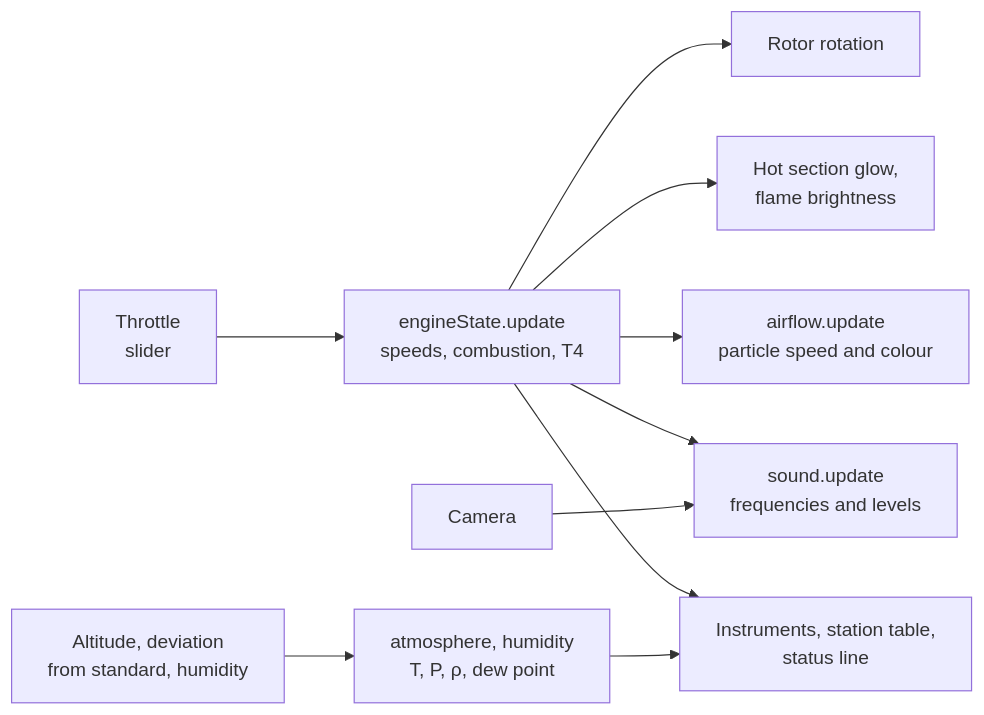
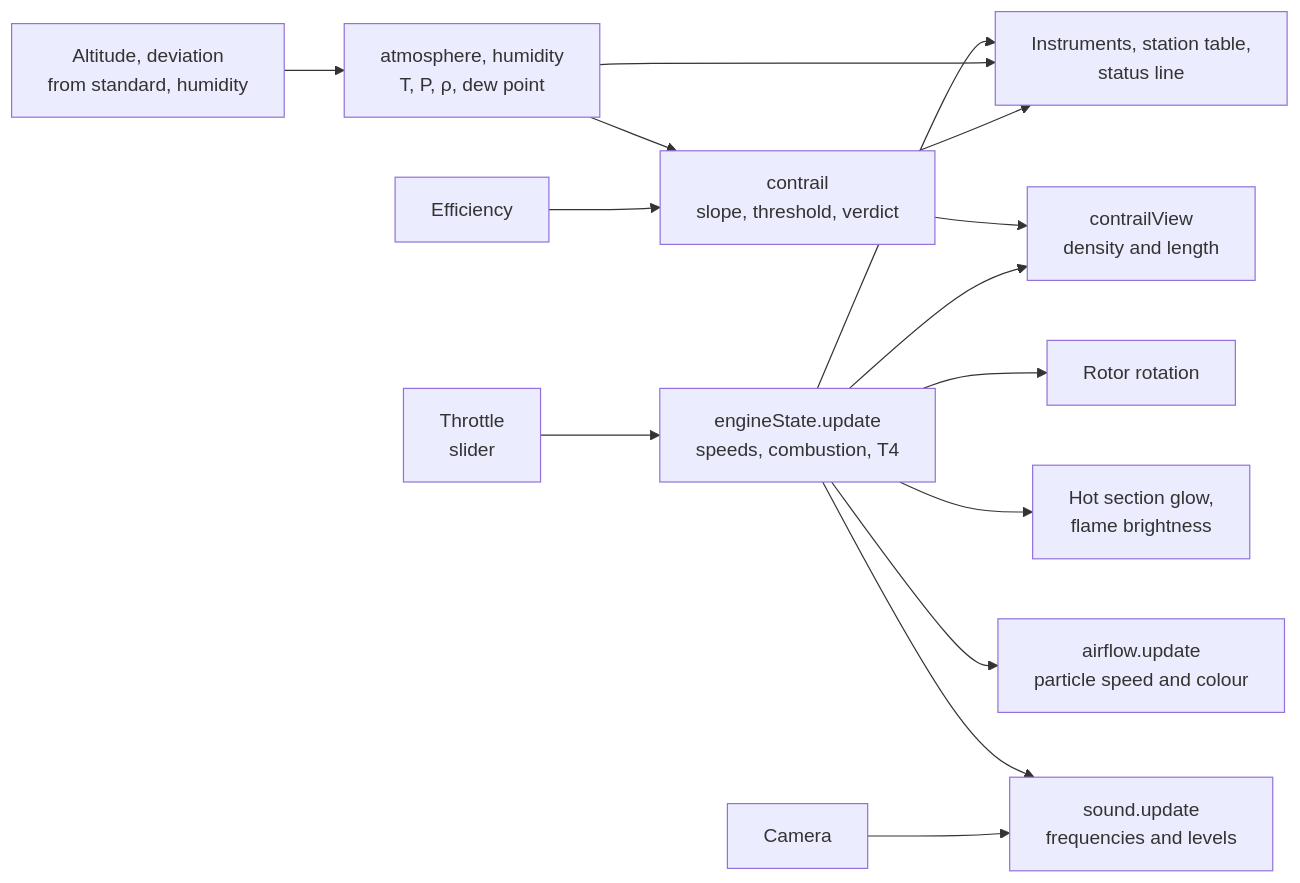
Before and after one commit to jubbon/jet-engine-3d: the second of 2 diagrams in docs/01-architecture.md, drawn with Mermaid. The commit also changed other lines of this file and 15 other files, not shown here.

````diff
--- a/docs/01-architecture.md
+++ b/docs/01-architecture.md
@@ -60,11 +70,15 @@
 ```mermaid
 flowchart LR
   R[Throttle<br/>slider] --> ES[engineState.update<br/>speeds, combustion, T4]
   ES --> ROT[Rotor rotation]
   ES --> GL[Hot section glow,<br/>flame brightness]
   ES --> AF[airflow.update<br/>particle speed and colour]
   ES --> SND[sound.update<br/>frequencies and levels]
   ES --> UI[Instruments, station table,<br/>status line]
   AMB[Altitude, deviation<br/>from standard, humidity] --> AT[atmosphere, humidity<br/>T, P, ρ, dew point] --> UI
+  AT --> CT[contrail<br/>slope, threshold, verdict] --> UI
+  ETA[Efficiency] --> CT
+  CT --> TR[contrailView<br/>density and length]
+  ES --> TR
   CAM[Camera] --> SND
 ```
````
